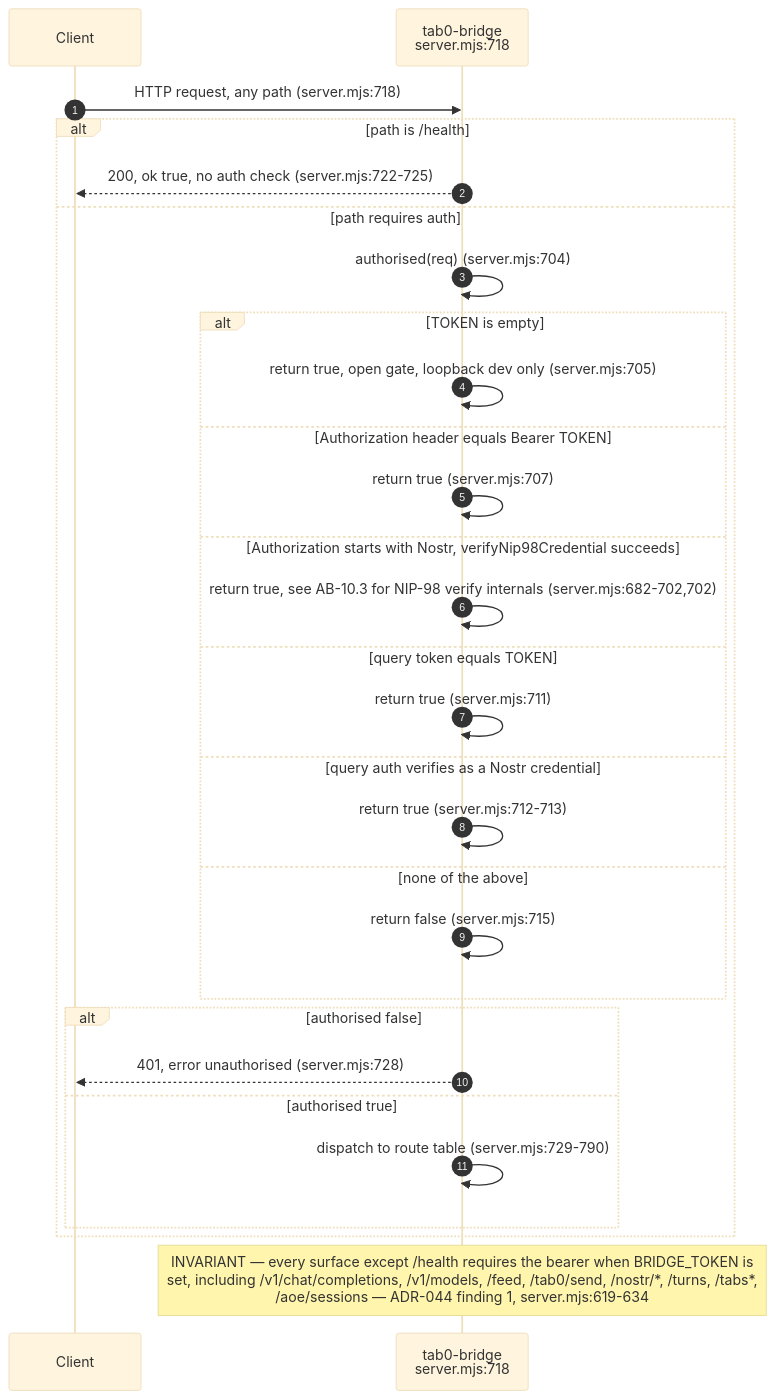
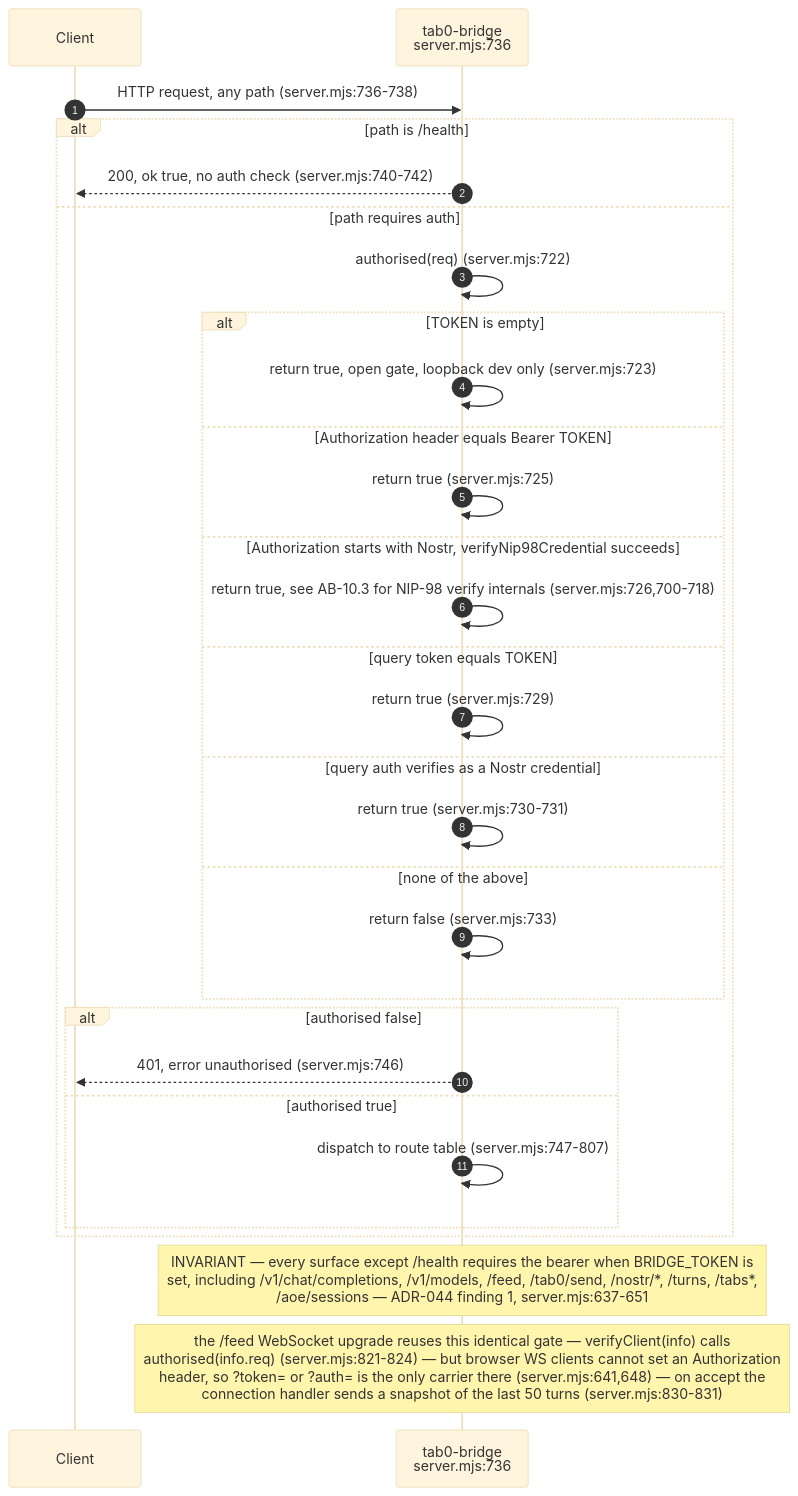
The second of 11 diagrams in docs/diagrams/agentbox/12-tab0-bridge-and-interaction-plane.md (DreamLab-AI/VisionFlow), drawn with Mermaid (base theme) before and after one commit. The commit also changed other lines of this file and 136 other files, not shown here.

First line of the commit message:
docs(diagrams): refresh the whole corpus to code HEAD and prune low-value diagrams

````diff
--- a/docs/diagrams/agentbox/12-tab0-bridge-and-interaction-plane.md
+++ b/docs/diagrams/agentbox/12-tab0-bridge-and-interaction-plane.md
@@ -116,32 +77,33 @@
 ```mermaid
 sequenceDiagram
     autonumber
     participant C as Client
-    participant B as tab0-bridge<br/>server.mjs:718
+    participant B as tab0-bridge<br/>server.mjs:736
 
-    C->>B: HTTP request, any path (server.mjs:718)
+    C->>B: HTTP request, any path (server.mjs:736-738)
     alt path is /health
-        B-->>C: 200, ok true, no auth check (server.mjs:722-725)
+        B-->>C: 200, ok true, no auth check (server.mjs:740-742)
     else path requires auth
-        B->>B: authorised(req) (server.mjs:704)
+        B->>B: authorised(req) (server.mjs:722)
         alt TOKEN is empty
-            B->>B: return true, open gate, loopback dev only (server.mjs:705)
+            B->>B: return true, open gate, loopback dev only (server.mjs:723)
         else Authorization header equals Bearer TOKEN
-            B->>B: return true (server.mjs:707)
+            B->>B: return true (server.mjs:725)
         else Authorization starts with Nostr, verifyNip98Credential succeeds
-            B->>B: return true, see AB-10.3 for NIP-98 verify internals (server.mjs:682-702,702)
+            B->>B: return true, see AB-10.3 for NIP-98 verify internals (server.mjs:726,700-718)
         else query token equals TOKEN
-            B->>B: return true (server.mjs:711)
+            B->>B: return true (server.mjs:729)
         else query auth verifies as a Nostr credential
-            B->>B: return true (server.mjs:712-713)
+            B->>B: return true (server.mjs:730-731)
         else none of the above
-            B->>B: return false (server.mjs:715)
+            B->>B: return false (server.mjs:733)
         end
         alt authorised false
-            B-->>C: 401, error unauthorised (server.mjs:728)
+            B-->>C: 401, error unauthorised (server.mjs:746)
         else authorised true
-            B->>B: dispatch to route table (server.mjs:729-790)
+            B->>B: dispatch to route table (server.mjs:747-807)
         end
     end
-Note over B: INVARIANT — every surface except /health requires the bearer when BRIDGE_TOKEN is<br/>set, including /v1/chat/completions, /v1/models, /feed, /tab0/send, /nostr/*, /turns, /tabs*,<br/>/aoe/sessions — ADR-044 finding 1, server.mjs:619-634
+Note over B: INVARIANT — every surface except /health requires the bearer when BRIDGE_TOKEN is<br/>set, including /v1/chat/completions, /v1/models, /feed, /tab0/send, /nostr/*, /turns, /tabs*,<br/>/aoe/sessions — ADR-044 finding 1, server.mjs:637-651
+Note over B: the /feed WebSocket upgrade reuses this identical gate — verifyClient(info) calls<br/>authorised(info.req) (server.mjs:821-824) — but browser WS clients cannot set an Authorization<br/>header, so ?token= or ?auth= is the only carrier there (server.mjs:641,648) — on accept the<br/>connection handler sends a snapshot of the last 50 turns (server.mjs:830-831)
 ```
````
